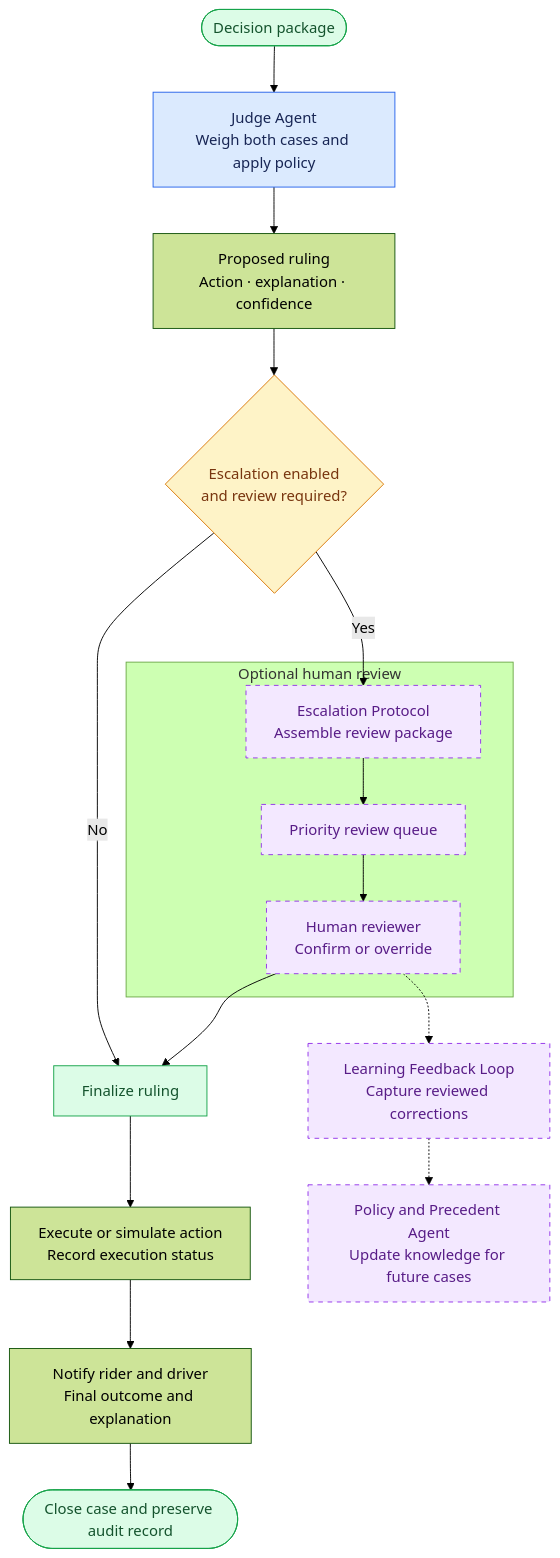
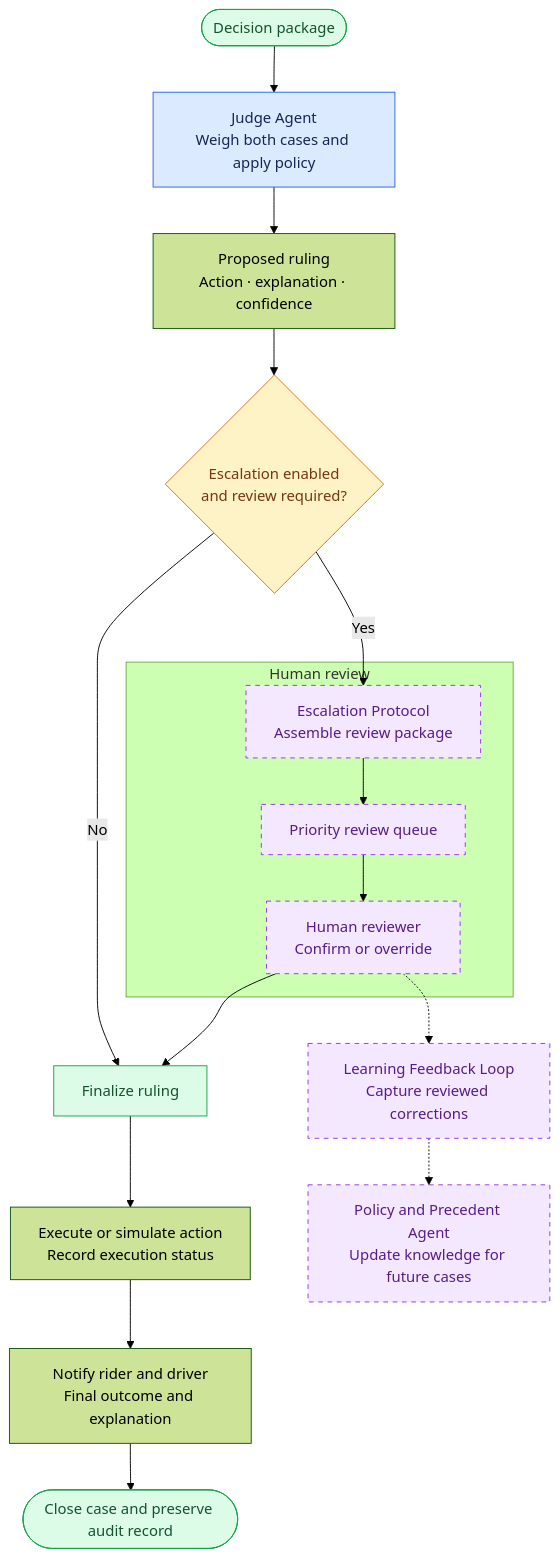
One commit to Bread04/Tencent-AI-Cloud-Hackathon changed the third of 3 diagrams in workflow.md. Above: the diagram before and after it, drawn with Mermaid (forest theme). The commit also changed other lines of this file and 1 other file, not shown here.

````diff
--- a/workflow.md
+++ b/workflow.md
@@ -127,31 +128,31 @@
 ```mermaid
 flowchart TB
     A(["Decision package"]) --> J["Judge Agent<br/>Weigh both cases and apply policy"]
     J --> K["Proposed ruling<br/>Action · explanation · confidence"]
     K --> G{"Escalation enabled<br/>and review required?"}
 
     G -->|No| O["Finalize ruling"]
     G -->|Yes| H["Escalation Protocol<br/>Assemble review package"]
 
-    subgraph REVIEW["Optional human review"]
+    subgraph REVIEW["Human review"]
         H --> Q["Priority review queue"]
         Q --> U["Human reviewer<br/>Confirm or override"]
     end
 
     U --> O
     O --> W["Execute or simulate action<br/>Record execution status"]
     W --> N["Notify rider and driver<br/>Final outcome and explanation"]
     N --> Z(["Close case and preserve audit record"])
 
     U -.-> FB["Learning Feedback Loop<br/>Capture reviewed corrections"]
     FB -.-> P["Policy and Precedent Agent<br/>Update knowledge for future cases"]
 
     classDef agent fill:#dbeafe,stroke:#2563eb,color:#172554
     classDef optional fill:#f3e8ff,stroke:#9333ea,color:#581c87,stroke-dasharray:5 5
     classDef decision fill:#fef3c7,stroke:#d97706,color:#78350f
     classDef outcome fill:#dcfce7,stroke:#16a34a,color:#14532d
     class J agent
     class H,Q,U,FB,P optional
     class G decision
     class A,O,Z outcome
 ```
````
